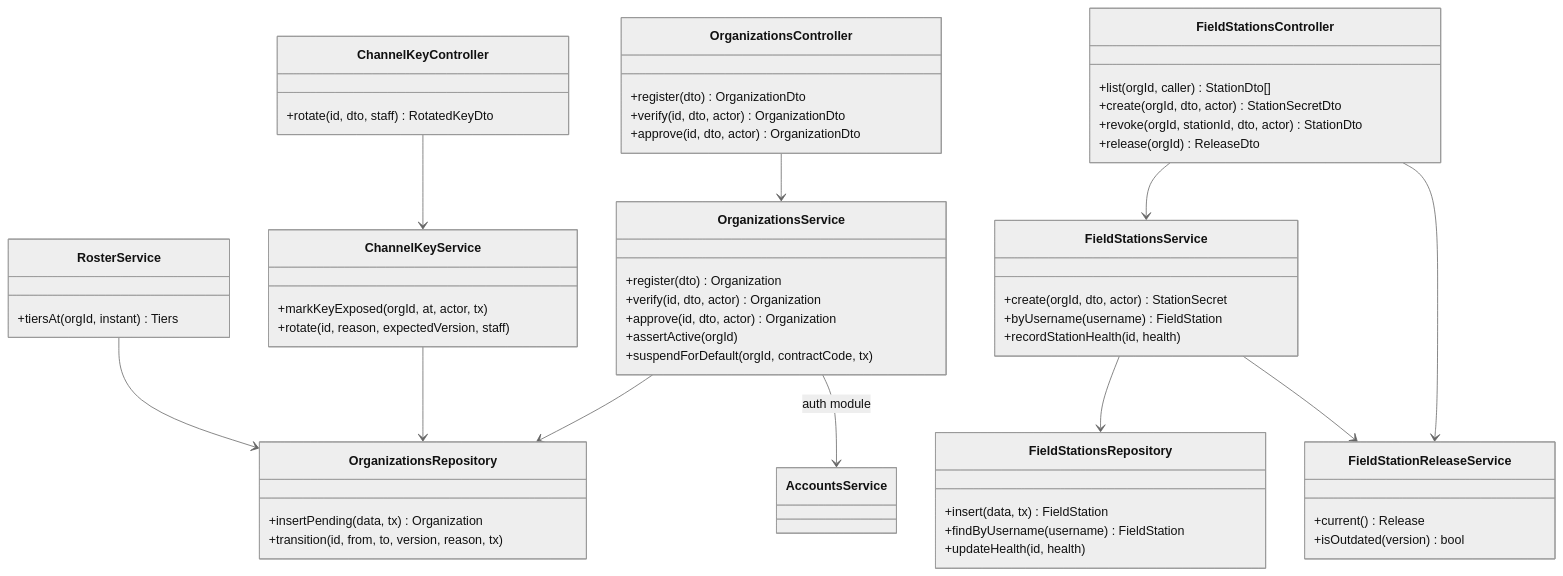
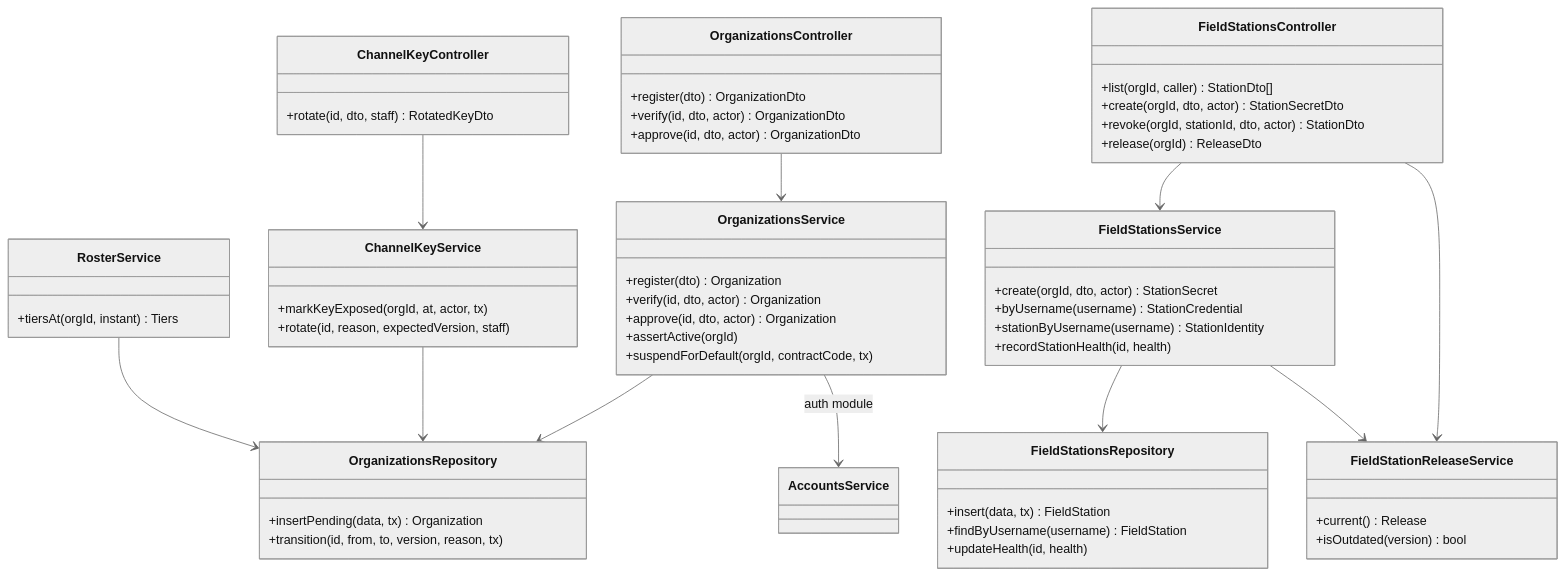
Before and after one commit to TrekLink-Team/treklink-web: the fourth of 11 diagrams in specs/organizations/design.md, drawn with Mermaid (neutral theme). The commit also changed other lines of this file and 11 other files, not shown here.

First line of the commit message:
fix: give ingestion the Field Station without its secret hash

````diff
--- a/specs/organizations/design.md
+++ b/specs/organizations/design.md
@@ -218,60 +219,61 @@
 ```mermaid
 classDiagram
     class OrganizationsController {
         +register(dto) OrganizationDto
         +verify(id, dto, actor) OrganizationDto
         +approve(id, dto, actor) OrganizationDto
     }
     class FieldStationsController {
         +list(orgId, caller) StationDto[]
         +create(orgId, dto, actor) StationSecretDto
         +revoke(orgId, stationId, dto, actor) StationDto
         +release(orgId) ReleaseDto
     }
     class ChannelKeyController {
         +rotate(id, dto, staff) RotatedKeyDto
     }
     class OrganizationsService {
         +register(dto) Organization
         +verify(id, dto, actor) Organization
         +approve(id, dto, actor) Organization
         +assertActive(orgId)
         +suspendForDefault(orgId, contractCode, tx)
     }
     class ChannelKeyService {
         +markKeyExposed(orgId, at, actor, tx)
         +rotate(id, reason, expectedVersion, staff)
     }
     class RosterService {
         +tiersAt(orgId, instant) Tiers
     }
     class FieldStationsService {
         +create(orgId, dto, actor) StationSecret
-        +byUsername(username) FieldStation
+        +byUsername(username) StationCredential
+        +stationByUsername(username) StationIdentity
         +recordStationHealth(id, health)
     }
     class FieldStationReleaseService {
         +current() Release
         +isOutdated(version) bool
     }
     class OrganizationsRepository {
         +insertPending(data, tx) Organization
         +transition(id, from, to, version, reason, tx)
     }
     class FieldStationsRepository {
         +insert(data, tx) FieldStation
         +findByUsername(username) FieldStation
         +updateHealth(id, health)
     }
     class AccountsService
     OrganizationsController --> OrganizationsService
     ChannelKeyController --> ChannelKeyService
     FieldStationsController --> FieldStationsService
     FieldStationsController --> FieldStationReleaseService
     OrganizationsService --> OrganizationsRepository
     ChannelKeyService --> OrganizationsRepository
     OrganizationsService --> AccountsService : auth module
     RosterService --> OrganizationsRepository
     FieldStationsService --> FieldStationsRepository
     FieldStationsService --> FieldStationReleaseService
 ```
````
